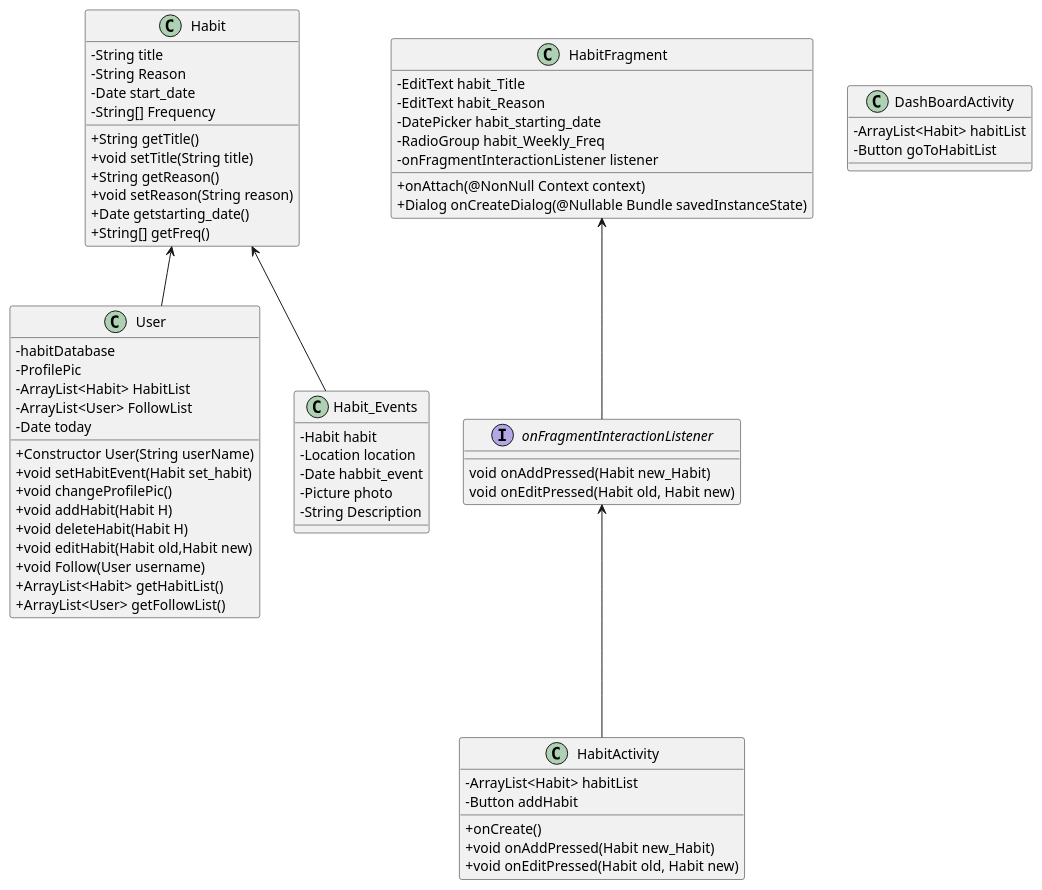
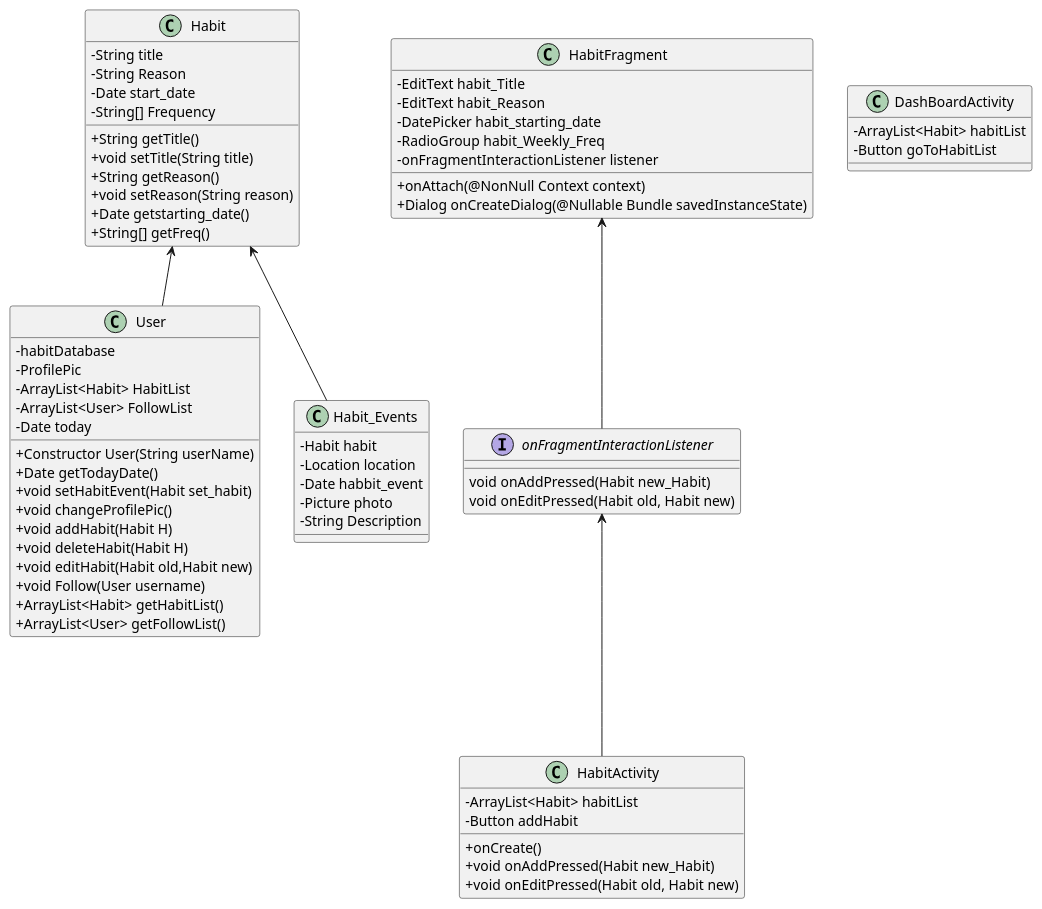
One commit to CMPUT301F21T16/HappyHabits changed the diagram in doc/happyhabits.plantuml. Above: the diagram before and after it, drawn with PlantUML.

Commit message:
Added new public method in User class.
getTodayDate() returns a Date object.

```diff
--- a/doc/happyhabits.plantuml
+++ b/doc/happyhabits.plantuml
@@ -1,77 +1,78 @@
 @startuml HappyHabits
 skinparam classAttributeIconSize 0
 Habit <-- User
 Habit <-- Habit_Events
 onFragmentInteractionListener <--- HabitActivity 
 HabitFragment <-- onFragmentInteractionListener
 class Habit {
     -String title
     -String Reason
     -Date start_date
     -String[] Frequency
     
     +String getTitle()
     +void setTitle(String title)
     +String getReason()
     +void setReason(String reason)
     +Date getstarting_date()
     +String[] getFreq()
 }
 
 class User {
     - habitDatabase
     - ProfilePic
     - ArrayList<Habit> HabitList
     - ArrayList<User> FollowList
     - Date today
 
     + Constructor User(String userName)
+    + Date getTodayDate()
     + void setHabitEvent(Habit set_habit)
     + void changeProfilePic()
     + void addHabit(Habit H)
     + void deleteHabit(Habit H)
     + void editHabit(Habit old,Habit new)
     + void Follow(User username)
     + ArrayList<Habit> getHabitList()
     + ArrayList<User> getFollowList()
 }
 
 class Habit_Events {
     - Habit habit
     - Location location
     - Date habbit_event
     - Picture photo
     - String Description
 }
 
 class DashBoardActivity {
     - ArrayList<Habit> habitList
     - Button goToHabitList
 }
 
 class HabitActivity {
     - ArrayList<Habit> habitList
     - Button addHabit
 
     + onCreate()
     + void onAddPressed(Habit new_Habit)
     + void onEditPressed(Habit old, Habit new)
 }
 
 class HabitFragment {
     - EditText habit_Title
     - EditText habit_Reason
     - DatePicker habit_starting_date
     - RadioGroup habit_Weekly_Freq
     - onFragmentInteractionListener listener
 
     + onAttach(@NonNull Context context)
     + Dialog onCreateDialog(@Nullable Bundle savedInstanceState)
     
 }
 
 interface onFragmentInteractionListener{
         void onAddPressed(Habit new_Habit)
         void onEditPressed(Habit old, Habit new)
     }
 @enduml
```
